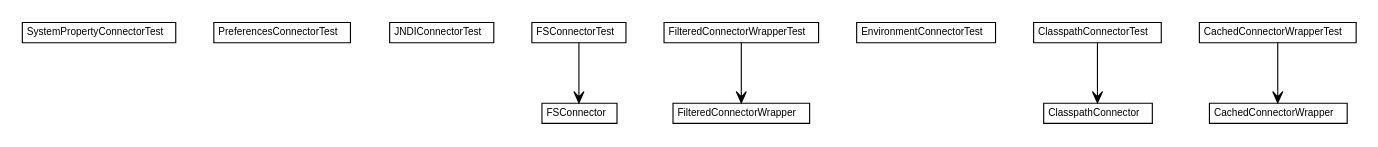
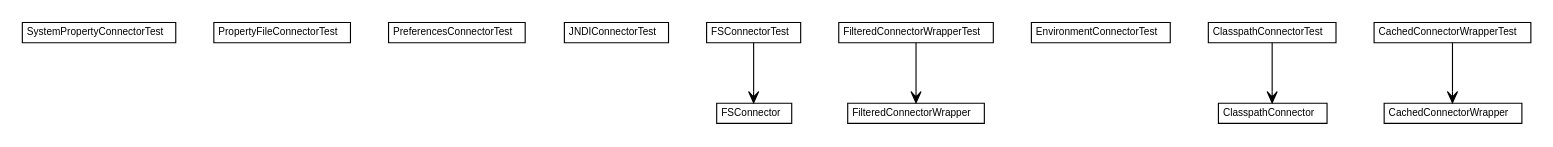
Before and after one commit to brabenetz/settings4j: the diagram in archiv/2.1-SNAPSHOT/testapidocs/org/settings4j/connector/org.settings4j.connector.dot, drawn with Graphviz. The commit also changed 470 other files, not shown here.

```diff
--- a/archiv/2.1-SNAPSHOT/testapidocs/org/settings4j/connector/org.settings4j.connector.dot
+++ b/archiv/2.1-SNAPSHOT/testapidocs/org/settings4j/connector/org.settings4j.connector.dot
@@ -1,92 +1,98 @@
 #!/usr/local/bin/dot
 #
 # Class diagram 
 # Generated by UMLGraph version R5_6-24-gf6e263 (http://www.umlgraph.org/)
 #
 
 digraph G {
 	edge [fontname="arial",fontsize=10,labelfontname="arial",labelfontsize=10];
 	node [fontname="arial",fontsize=10,shape=plaintext];
 	nodesep=0.25;
 	ranksep=0.5;
 	// org.settings4j.connector.SystemPropertyConnectorTest
-	c37 [label=<<table title="org.settings4j.connector.SystemPropertyConnectorTest" border="0" cellborder="1" cellspacing="0" cellpadding="2" port="p" href="./SystemPropertyConnectorTest.html">
+	c38 [label=<<table title="org.settings4j.connector.SystemPropertyConnectorTest" border="0" cellborder="1" cellspacing="0" cellpadding="2" port="p" href="./SystemPropertyConnectorTest.html">
 		<tr><td><table border="0" cellspacing="0" cellpadding="1">
 <tr><td align="center" balign="center"> SystemPropertyConnectorTest </td></tr>
 		</table></td></tr>
 		</table>>, URL="./SystemPropertyConnectorTest.html", fontname="arial", fontcolor="black", fontsize=9.0];
+	// org.settings4j.connector.PropertyFileConnectorTest
+	c39 [label=<<table title="org.settings4j.connector.PropertyFileConnectorTest" border="0" cellborder="1" cellspacing="0" cellpadding="2" port="p" href="./PropertyFileConnectorTest.html">
+		<tr><td><table border="0" cellspacing="0" cellpadding="1">
+<tr><td align="center" balign="center"> PropertyFileConnectorTest </td></tr>
+		</table></td></tr>
+		</table>>, URL="./PropertyFileConnectorTest.html", fontname="arial", fontcolor="black", fontsize=9.0];
 	// org.settings4j.connector.PreferencesConnectorTest
-	c38 [label=<<table title="org.settings4j.connector.PreferencesConnectorTest" border="0" cellborder="1" cellspacing="0" cellpadding="2" port="p" href="./PreferencesConnectorTest.html">
+	c40 [label=<<table title="org.settings4j.connector.PreferencesConnectorTest" border="0" cellborder="1" cellspacing="0" cellpadding="2" port="p" href="./PreferencesConnectorTest.html">
 		<tr><td><table border="0" cellspacing="0" cellpadding="1">
 <tr><td align="center" balign="center"> PreferencesConnectorTest </td></tr>
 		</table></td></tr>
 		</table>>, URL="./PreferencesConnectorTest.html", fontname="arial", fontcolor="black", fontsize=9.0];
 	// org.settings4j.connector.JNDIConnectorTest
-	c39 [label=<<table title="org.settings4j.connector.JNDIConnectorTest" border="0" cellborder="1" cellspacing="0" cellpadding="2" port="p" href="./JNDIConnectorTest.html">
+	c41 [label=<<table title="org.settings4j.connector.JNDIConnectorTest" border="0" cellborder="1" cellspacing="0" cellpadding="2" port="p" href="./JNDIConnectorTest.html">
 		<tr><td><table border="0" cellspacing="0" cellpadding="1">
 <tr><td align="center" balign="center"> JNDIConnectorTest </td></tr>
 		</table></td></tr>
 		</table>>, URL="./JNDIConnectorTest.html", fontname="arial", fontcolor="black", fontsize=9.0];
 	// org.settings4j.connector.FSConnectorTest
-	c40 [label=<<table title="org.settings4j.connector.FSConnectorTest" border="0" cellborder="1" cellspacing="0" cellpadding="2" port="p" href="./FSConnectorTest.html">
+	c42 [label=<<table title="org.settings4j.connector.FSConnectorTest" border="0" cellborder="1" cellspacing="0" cellpadding="2" port="p" href="./FSConnectorTest.html">
 		<tr><td><table border="0" cellspacing="0" cellpadding="1">
 <tr><td align="center" balign="center"> FSConnectorTest </td></tr>
 		</table></td></tr>
 		</table>>, URL="./FSConnectorTest.html", fontname="arial", fontcolor="black", fontsize=9.0];
 	// org.settings4j.connector.FilteredConnectorWrapperTest
-	c41 [label=<<table title="org.settings4j.connector.FilteredConnectorWrapperTest" border="0" cellborder="1" cellspacing="0" cellpadding="2" port="p" href="./FilteredConnectorWrapperTest.html">
+	c43 [label=<<table title="org.settings4j.connector.FilteredConnectorWrapperTest" border="0" cellborder="1" cellspacing="0" cellpadding="2" port="p" href="./FilteredConnectorWrapperTest.html">
 		<tr><td><table border="0" cellspacing="0" cellpadding="1">
 <tr><td align="center" balign="center"> FilteredConnectorWrapperTest </td></tr>
 		</table></td></tr>
 		</table>>, URL="./FilteredConnectorWrapperTest.html", fontname="arial", fontcolor="black", fontsize=9.0];
 	// org.settings4j.connector.EnvironmentConnectorTest
-	c42 [label=<<table title="org.settings4j.connector.EnvironmentConnectorTest" border="0" cellborder="1" cellspacing="0" cellpadding="2" port="p" href="./EnvironmentConnectorTest.html">
+	c44 [label=<<table title="org.settings4j.connector.EnvironmentConnectorTest" border="0" cellborder="1" cellspacing="0" cellpadding="2" port="p" href="./EnvironmentConnectorTest.html">
 		<tr><td><table border="0" cellspacing="0" cellpadding="1">
 <tr><td align="center" balign="center"> EnvironmentConnectorTest </td></tr>
 		</table></td></tr>
 		</table>>, URL="./EnvironmentConnectorTest.html", fontname="arial", fontcolor="black", fontsize=9.0];
 	// org.settings4j.connector.ClasspathConnectorTest
-	c43 [label=<<table title="org.settings4j.connector.ClasspathConnectorTest" border="0" cellborder="1" cellspacing="0" cellpadding="2" port="p" href="./ClasspathConnectorTest.html">
+	c45 [label=<<table title="org.settings4j.connector.ClasspathConnectorTest" border="0" cellborder="1" cellspacing="0" cellpadding="2" port="p" href="./ClasspathConnectorTest.html">
 		<tr><td><table border="0" cellspacing="0" cellpadding="1">
 <tr><td align="center" balign="center"> ClasspathConnectorTest </td></tr>
 		</table></td></tr>
 		</table>>, URL="./ClasspathConnectorTest.html", fontname="arial", fontcolor="black", fontsize=9.0];
 	// org.settings4j.connector.CachedConnectorWrapperTest
-	c44 [label=<<table title="org.settings4j.connector.CachedConnectorWrapperTest" border="0" cellborder="1" cellspacing="0" cellpadding="2" port="p" href="./CachedConnectorWrapperTest.html">
+	c46 [label=<<table title="org.settings4j.connector.CachedConnectorWrapperTest" border="0" cellborder="1" cellspacing="0" cellpadding="2" port="p" href="./CachedConnectorWrapperTest.html">
 		<tr><td><table border="0" cellspacing="0" cellpadding="1">
 <tr><td align="center" balign="center"> CachedConnectorWrapperTest </td></tr>
 		</table></td></tr>
 		</table>>, URL="./CachedConnectorWrapperTest.html", fontname="arial", fontcolor="black", fontsize=9.0];
 	// org.settings4j.connector.FSConnectorTest NAVASSOC org.settings4j.connector.FSConnector
-	c40:p -> c64:p [taillabel="", label="", headlabel="", fontname="arial", fontcolor="black", fontsize=10.0, color="black", arrowhead=open];
+	c42:p -> c66:p [taillabel="", label="", headlabel="", fontname="arial", fontcolor="black", fontsize=10.0, color="black", arrowhead=open];
 	// org.settings4j.connector.FilteredConnectorWrapperTest NAVASSOC org.settings4j.connector.FilteredConnectorWrapper
-	c41:p -> c65:p [taillabel="", label="", headlabel="", fontname="arial", fontcolor="black", fontsize=10.0, color="black", arrowhead=open];
+	c43:p -> c67:p [taillabel="", label="", headlabel="", fontname="arial", fontcolor="black", fontsize=10.0, color="black", arrowhead=open];
 	// org.settings4j.connector.ClasspathConnectorTest NAVASSOC org.settings4j.connector.ClasspathConnector
-	c43:p -> c66:p [taillabel="", label="", headlabel="", fontname="arial", fontcolor="black", fontsize=10.0, color="black", arrowhead=open];
+	c45:p -> c68:p [taillabel="", label="", headlabel="", fontname="arial", fontcolor="black", fontsize=10.0, color="black", arrowhead=open];
 	// org.settings4j.connector.CachedConnectorWrapperTest NAVASSOC org.settings4j.connector.CachedConnectorWrapper
-	c44:p -> c67:p [taillabel="", label="", headlabel="", fontname="arial", fontcolor="black", fontsize=10.0, color="black", arrowhead=open];
+	c46:p -> c69:p [taillabel="", label="", headlabel="", fontname="arial", fontcolor="black", fontsize=10.0, color="black", arrowhead=open];
 	// org.settings4j.connector.ClasspathConnector
-	c66 [label=<<table title="org.settings4j.connector.ClasspathConnector" border="0" cellborder="1" cellspacing="0" cellpadding="2" port="p">
+	c68 [label=<<table title="org.settings4j.connector.ClasspathConnector" border="0" cellborder="1" cellspacing="0" cellpadding="2" port="p">
 		<tr><td><table border="0" cellspacing="0" cellpadding="1">
 <tr><td align="center" balign="center"> ClasspathConnector </td></tr>
 		</table></td></tr>
 		</table>>, URL="null", fontname="arial", fontcolor="black", fontsize=9.0];
 	// org.settings4j.connector.FilteredConnectorWrapper
-	c65 [label=<<table title="org.settings4j.connector.FilteredConnectorWrapper" border="0" cellborder="1" cellspacing="0" cellpadding="2" port="p">
+	c67 [label=<<table title="org.settings4j.connector.FilteredConnectorWrapper" border="0" cellborder="1" cellspacing="0" cellpadding="2" port="p">
 		<tr><td><table border="0" cellspacing="0" cellpadding="1">
 <tr><td align="center" balign="center"> FilteredConnectorWrapper </td></tr>
 		</table></td></tr>
 		</table>>, URL="null", fontname="arial", fontcolor="black", fontsize=9.0];
 	// org.settings4j.connector.FSConnector
-	c64 [label=<<table title="org.settings4j.connector.FSConnector" border="0" cellborder="1" cellspacing="0" cellpadding="2" port="p">
+	c66 [label=<<table title="org.settings4j.connector.FSConnector" border="0" cellborder="1" cellspacing="0" cellpadding="2" port="p">
 		<tr><td><table border="0" cellspacing="0" cellpadding="1">
 <tr><td align="center" balign="center"> FSConnector </td></tr>
 		</table></td></tr>
 		</table>>, URL="null", fontname="arial", fontcolor="black", fontsize=9.0];
 	// org.settings4j.connector.CachedConnectorWrapper
-	c67 [label=<<table title="org.settings4j.connector.CachedConnectorWrapper" border="0" cellborder="1" cellspacing="0" cellpadding="2" port="p">
+	c69 [label=<<table title="org.settings4j.connector.CachedConnectorWrapper" border="0" cellborder="1" cellspacing="0" cellpadding="2" port="p">
 		<tr><td><table border="0" cellspacing="0" cellpadding="1">
 <tr><td align="center" balign="center"> CachedConnectorWrapper </td></tr>
 		</table></td></tr>
 		</table>>, URL="null", fontname="arial", fontcolor="black", fontsize=9.0];
 }
```
